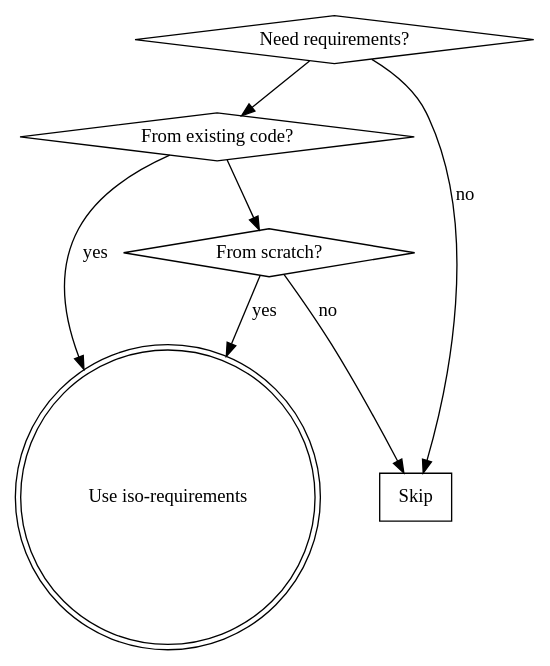
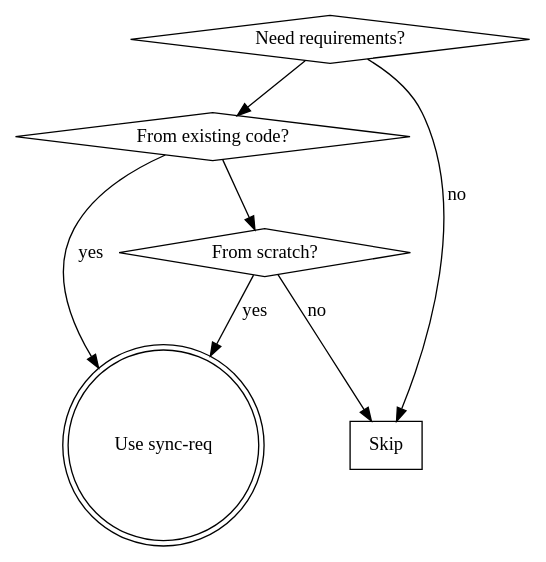
The diagram in skills/sync-req/SKILL.md (melodypapa/uncertainty), drawn with Graphviz before and after one commit. The commit also changed other lines of this file and 4 other files, not shown here.

First line of the commit message:
refactor: restructure sync-req skill with flat folder structure and add implementation tool

````diff
--- a/skills/sync-req/SKILL.md
+++ b/skills/sync-req/SKILL.md
@@ -19,16 +19,16 @@
 ```dot
 digraph when_flowchart {
     "Need requirements?" [shape=diamond];
     "From existing code?" [shape=diamond];
     "From scratch?" [shape=diamond];
-    "Use iso-requirements" [shape=doublecircle];
+    "Use sync-req" [shape=doublecircle];
     "Skip" [shape=box];
 
     "Need requirements?" -> "From existing code?";
-    "From existing code?" -> "Use iso-requirements" [label="yes"];
+    "From existing code?" -> "Use sync-req" [label="yes"];
     "From existing code?" -> "From scratch?";
-    "From scratch?" -> "Use iso-requirements" [label="yes"];
+    "From scratch?" -> "Use sync-req" [label="yes"];
     "From scratch?" -> "Skip" [label="no"];
     "Need requirements?" -> "Skip" [label="no"];
 }
 ```
````
